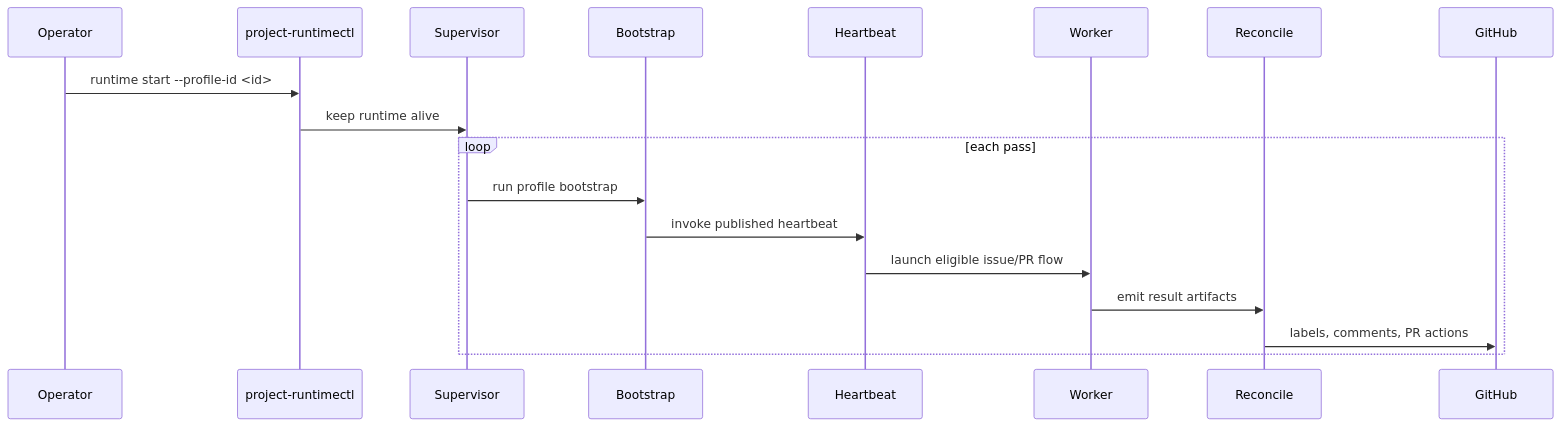
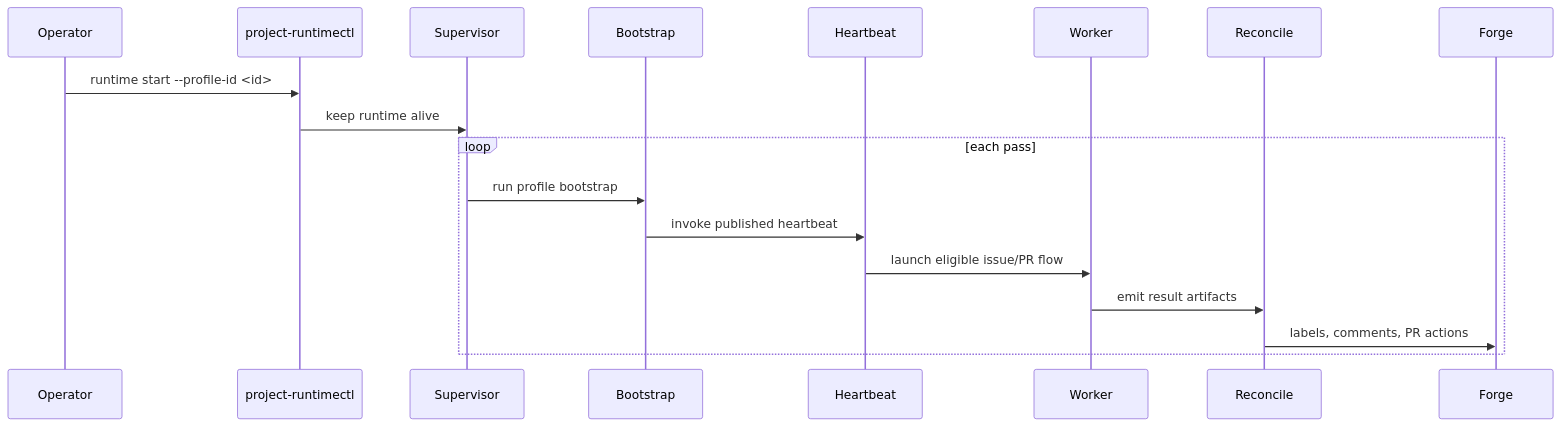
One commit to ducminhnguyen0319/agent-control-plane changed the second of 2 diagrams in README.md. Above: the diagram before and after it, drawn with Mermaid. The commit also changed other lines of this file and 6 other files, not shown here.

````diff
--- a/README.md
+++ b/README.md
@@ -221,21 +242,21 @@
 ```mermaid
 sequenceDiagram
   participant Operator
   participant RuntimeCtl as project-runtimectl
   participant Supervisor
   participant Bootstrap
   participant Heartbeat
   participant Worker
   participant Reconcile
-  participant GitHub
+  participant Forge
 
   Operator->>RuntimeCtl: runtime start --profile-id <id>
   RuntimeCtl->>Supervisor: keep runtime alive
   loop each pass
     Supervisor->>Bootstrap: run profile bootstrap
     Bootstrap->>Heartbeat: invoke published heartbeat
     Heartbeat->>Worker: launch eligible issue/PR flow
     Worker->>Reconcile: emit result artifacts
-    Reconcile->>GitHub: labels, comments, PR actions
+    Reconcile->>Forge: labels, comments, PR actions
   end
 ```
````
